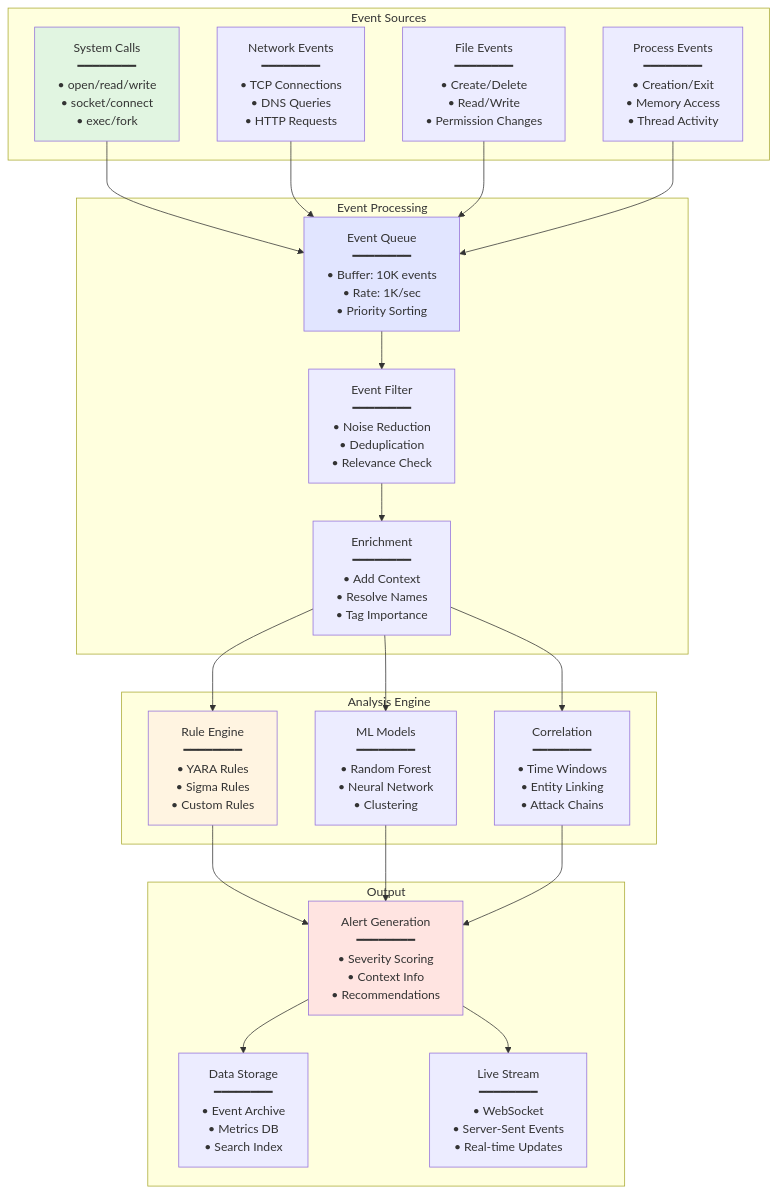
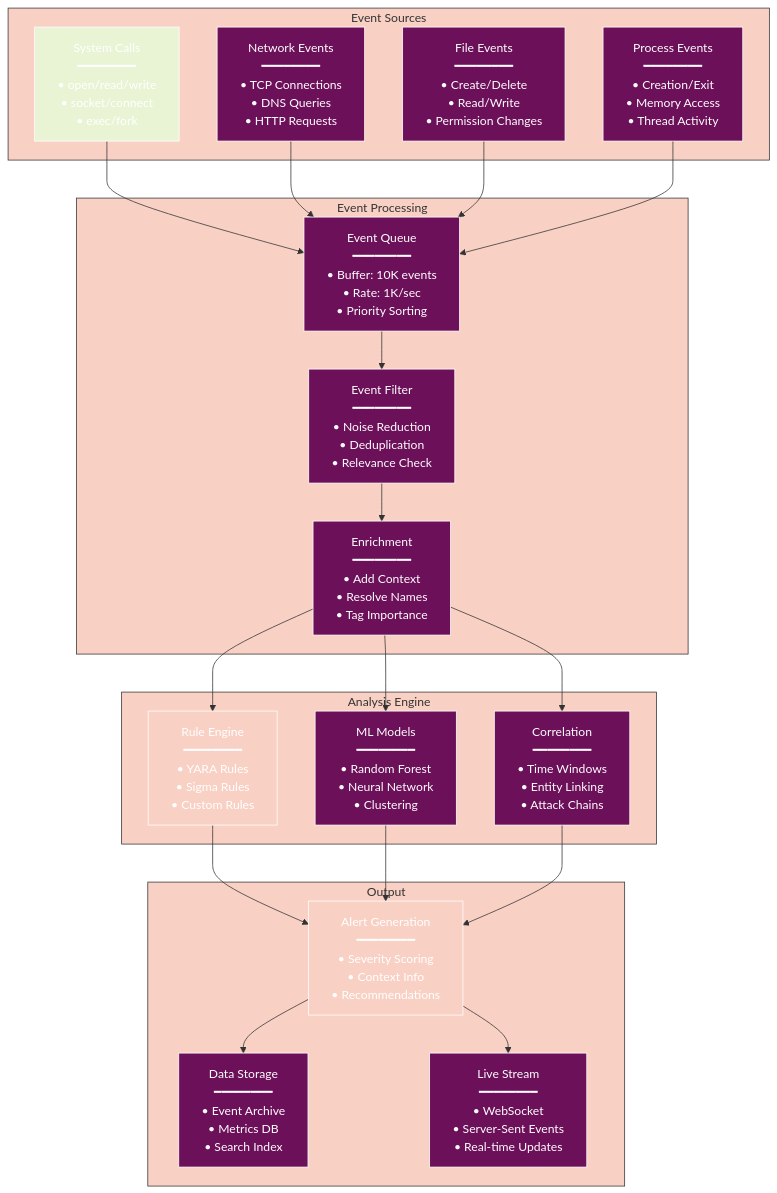
Before and after one commit to radicalkjax/Athena: diagram 17 of 23 in docs/CONTAINER_ISOLATION.md, drawn with Mermaid. The commit also changed other lines of this file and 27 other files, not shown here.

Commit message:
Introduction of expo package manager. Updated docs to reflect changes. Unified mermaid theme for docs.

````diff
--- a/docs/CONTAINER_ISOLATION.md
+++ b/docs/CONTAINER_ISOLATION.md
@@ -1090,51 +1426,72 @@
 ```mermaid
+%%{init: {
+  'theme': 'base',
+  'themeVariables': {
+    'primaryColor': '#6d105a',
+    'primaryTextColor': '#ffffff',
+    'primaryBorderColor': '#ffffff',
+    'lineColor': '#333333',
+    'secondaryColor': '#e8f4d4',
+    'secondaryTextColor': '#333333',
+    'secondaryBorderColor': '#333333',
+    'tertiaryColor': '#f9d0c4',
+    'tertiaryTextColor': '#333333',
+    'tertiaryBorderColor': '#333333',
+    'background': '#ffffff',
+    'mainBkg': '#6d105a',
+    'secondBkg': '#e8f4d4',
+    'tertiaryBkg': '#f9d0c4',
+    'textColor': '#333333',
+    'fontFamily': 'Arial, sans-serif'
+  }
+}}%%
 graph TB
     subgraph "Event Sources"
         Syscall[System Calls<br/>━━━━━━━━<br/>• open/read/write<br/>• socket/connect<br/>• exec/fork]
         Network[Network Events<br/>━━━━━━━━<br/>• TCP Connections<br/>• DNS Queries<br/>• HTTP Requests]
         File[File Events<br/>━━━━━━━━<br/>• Create/Delete<br/>• Read/Write<br/>• Permission Changes]
         Process[Process Events<br/>━━━━━━━━<br/>• Creation/Exit<br/>• Memory Access<br/>• Thread Activity]
     end
     
     subgraph "Event Processing"
         Queue[Event Queue<br/>━━━━━━━━<br/>• Buffer: 10K events<br/>• Rate: 1K/sec<br/>• Priority Sorting]
         Filter[Event Filter<br/>━━━━━━━━<br/>• Noise Reduction<br/>• Deduplication<br/>• Relevance Check]
         Enrichment[Enrichment<br/>━━━━━━━━<br/>• Add Context<br/>• Resolve Names<br/>• Tag Importance]
     end
     
     subgraph "Analysis Engine"
         Rules[Rule Engine<br/>━━━━━━━━<br/>• YARA Rules<br/>• Sigma Rules<br/>• Custom Rules]
         ML[ML Models<br/>━━━━━━━━<br/>• Random Forest<br/>• Neural Network<br/>• Clustering]
         Correlation[Correlation<br/>━━━━━━━━<br/>• Time Windows<br/>• Entity Linking<br/>• Attack Chains]
     end
     
     subgraph "Output"
         Alerts[Alert Generation<br/>━━━━━━━━<br/>• Severity Scoring<br/>• Context Info<br/>• Recommendations]
         Storage[Data Storage<br/>━━━━━━━━<br/>• Event Archive<br/>• Metrics DB<br/>• Search Index]
         Stream[Live Stream<br/>━━━━━━━━<br/>• WebSocket<br/>• Server-Sent Events<br/>• Real-time Updates]
     end
     
     Syscall --> Queue
     Network --> Queue
     File --> Queue
     Process --> Queue
     
     Queue --> Filter
     Filter --> Enrichment
     
     Enrichment --> Rules
     Enrichment --> ML
     Enrichment --> Correlation
     
     Rules --> Alerts
     ML --> Alerts
     Correlation --> Alerts
     
     Alerts --> Storage
     Alerts --> Stream
     
-    style Syscall fill:#e1f5e1
-    style Queue fill:#e1e5ff
-    style Rules fill:#fff4e1
-    style Alerts fill:#ffe4e1
+    style Syscall fill:#e8f4d4
+    style Queue fill:#6d105a
+    style Rules fill:#f9d0c4
+    style Alerts fill:#f9d0c4
 ```
````
